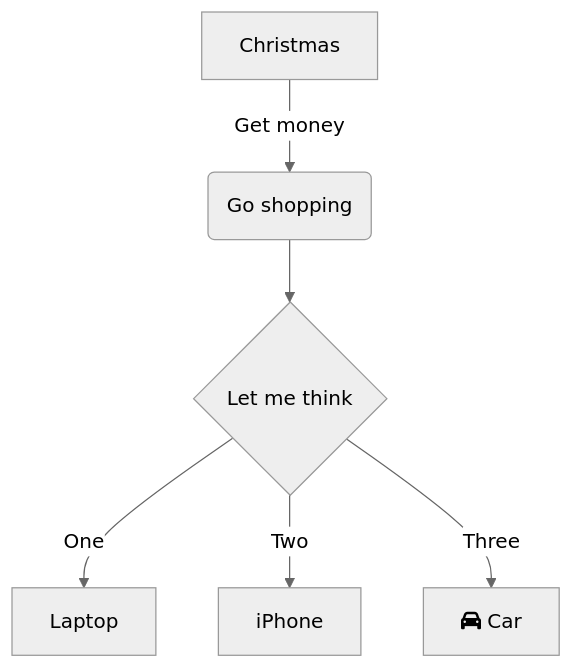
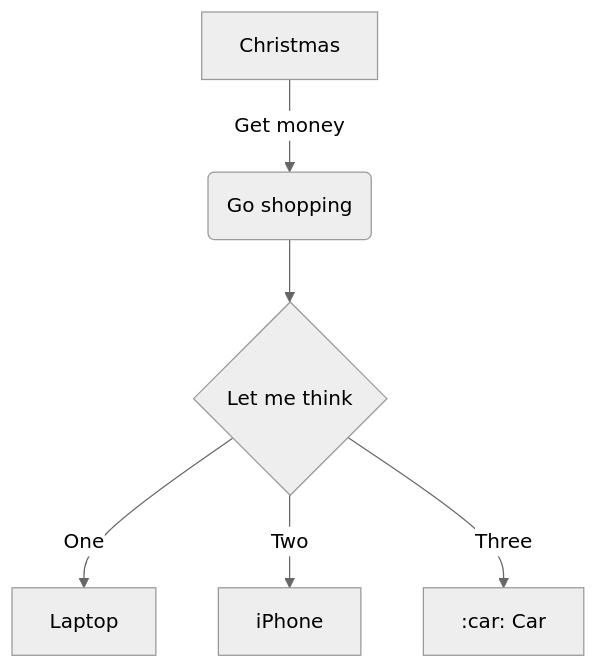
One commit to gitshawn/docs-as-code changed the first of 2 diagrams in docs/graphs-as-code.md. Above: the diagram before and after it, drawn with Mermaid (neutral theme).

````diff
--- a/docs/graphs-as-code.md
+++ b/docs/graphs-as-code.md
@@ -17,8 +17,8 @@
 ```mermaid
 graph TD
     A[Christmas] -->|Get money| B(Go shopping)
     B --> C{Let me think}
     C -->|One| D[Laptop]
     C -->|Two| E[iPhone]
-    C -->|Three| F[fa:fa-car Car]
+    C -->|Three| F[:car: Car]
 ```
````
